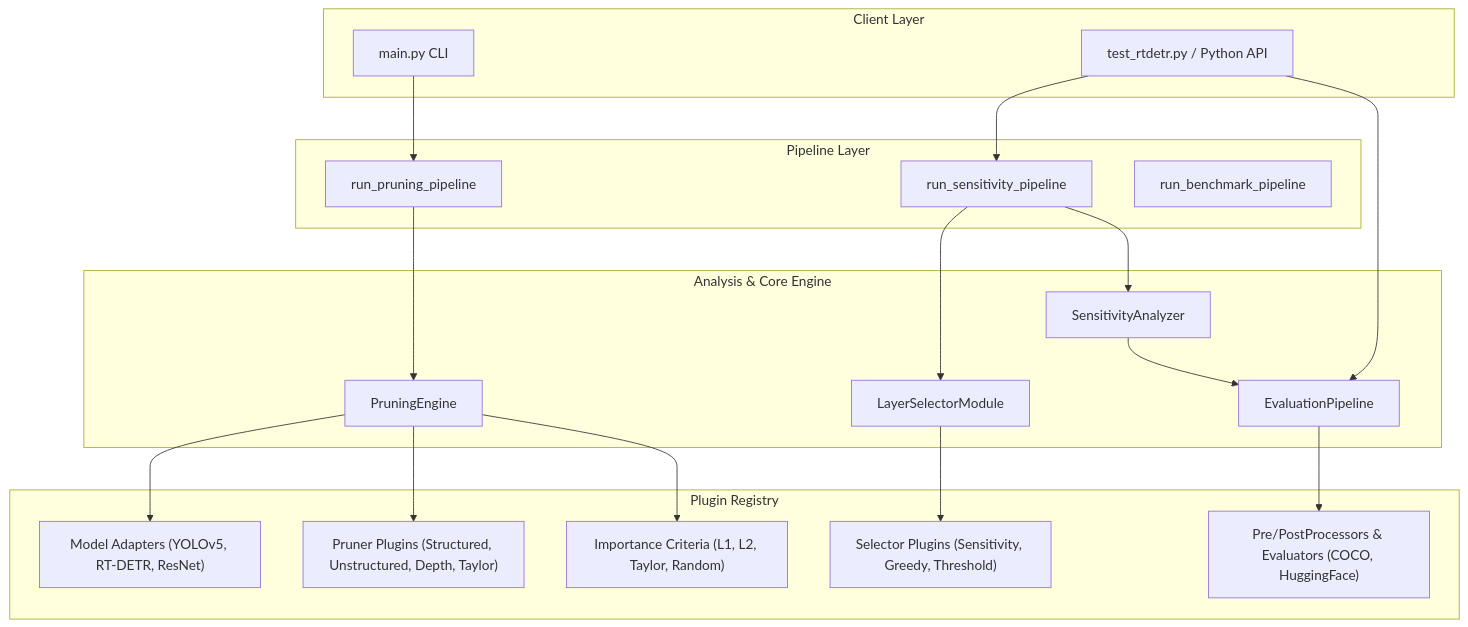
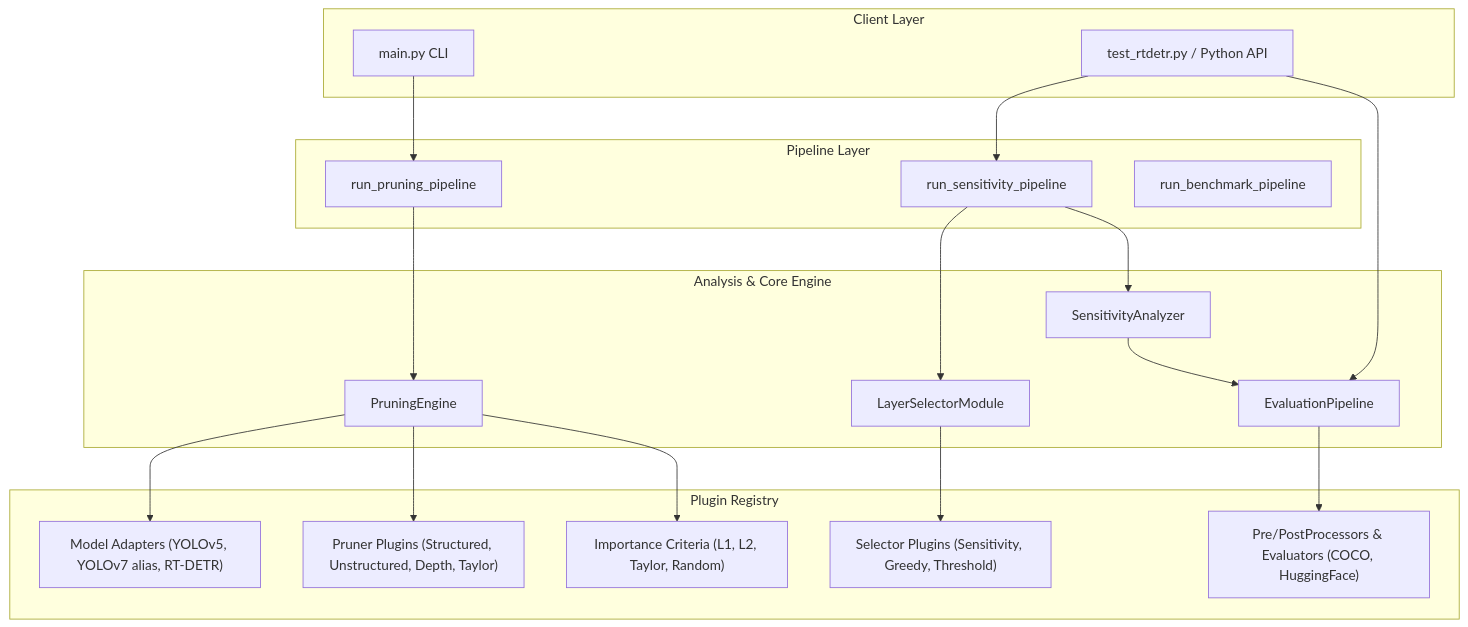
Before and after one commit to yuh2150/Prune: the diagram in docs/architecture/overview.md, drawn with Mermaid. The commit also changed 121 other files, not shown here.

````diff
--- a/docs/architecture/overview.md
+++ b/docs/architecture/overview.md
@@ -9,44 +9,44 @@
 ```mermaid
 flowchart TD
     subgraph Client Layer
         CLI["main.py CLI"]
         Script["test_rtdetr.py / Python API"]
     end
 
     subgraph Pipeline Layer
         PrunePipe["run_pruning_pipeline"]
         SensPipe["run_sensitivity_pipeline"]
         BenchPipe["run_benchmark_pipeline"]
     end
 
     subgraph Analysis & Core Engine
         SensAnalyzer["SensitivityAnalyzer"]
         SelectorMod["LayerSelectorModule"]
         PruneEngine["PruningEngine"]
         EvalPipeline["EvaluationPipeline"]
     end
 
     subgraph Plugin Registry
-        Adapters["Model Adapters (YOLOv5, RT-DETR, ResNet)"]
+        Adapters["Model Adapters (YOLOv5, YOLOv7 alias, RT-DETR)"]
         Pruners["Pruner Plugins (Structured, Unstructured, Depth, Taylor)"]
         Criteria["Importance Criteria (L1, L2, Taylor, Random)"]
         Selectors["Selector Plugins (Sensitivity, Greedy, Threshold)"]
         Processors["Pre/PostProcessors & Evaluators (COCO, HuggingFace)"]
     end
 
     CLI --> PrunePipe
     Script --> SensPipe
     Script --> EvalPipeline
 
     PrunePipe --> PruneEngine
     SensPipe --> SensAnalyzer
     SensPipe --> SelectorMod
 
     PruneEngine --> Adapters
     PruneEngine --> Pruners
     PruneEngine --> Criteria
 
     SelectorMod --> Selectors
     SensAnalyzer --> EvalPipeline
     EvalPipeline --> Processors
 ```
````
